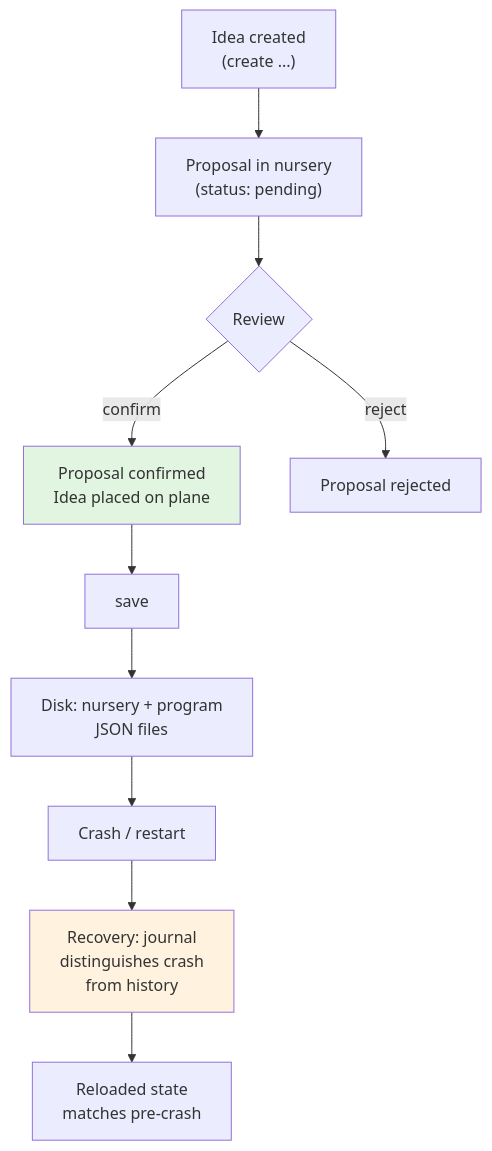
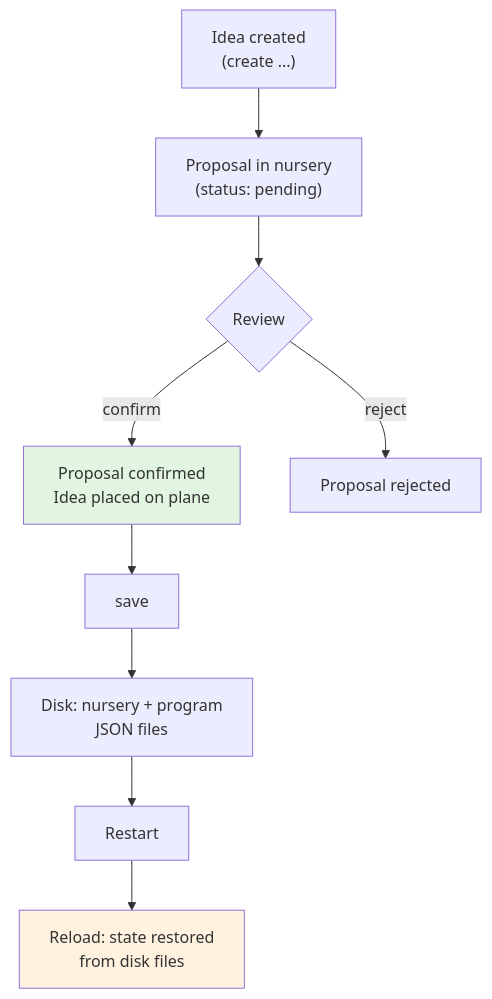
The second of 2 diagrams in README.md (spiritualityhandbook-netizen/DellMatrix), drawn with Mermaid before and after one commit. The commit also changed other lines of this file and 1 other file, not shown here.

````diff
--- a/README.md
+++ b/README.md
@@ -88,15 +91,14 @@
 ```mermaid
 flowchart TD
     A["Idea created\n(create ...)"] --> B["Proposal in nursery\n(status: pending)"]
     B --> C{"Review"}
     C -->|"confirm <id>"| D["Proposal confirmed\nIdea placed on plane"]
     C -->|"reject"| E["Proposal rejected"]
     D --> F["save"]
     F --> G["Disk: nursery + program\nJSON files"]
-    G --> H["Crash / restart"]
-    H --> I["Recovery: journal\ndistinguishes crash\nfrom history"]
-    I --> J["Reloaded state\nmatches pre-crash"]
+    G --> H["Restart"]
+    H --> I["Reload: state restored\nfrom disk files"]
 
     style D fill:#e1f5e1
     style I fill:#fff3e0
 ```
````
